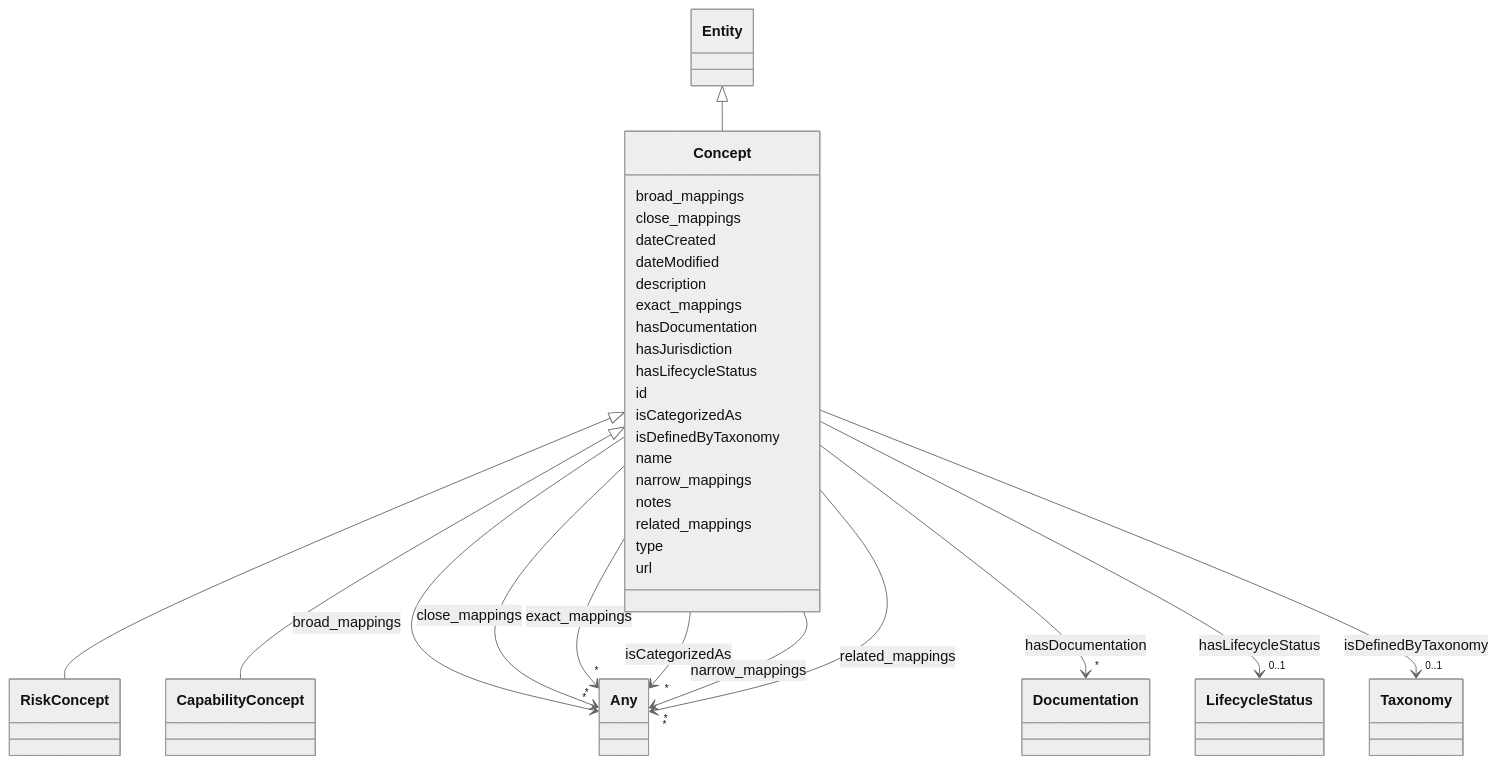
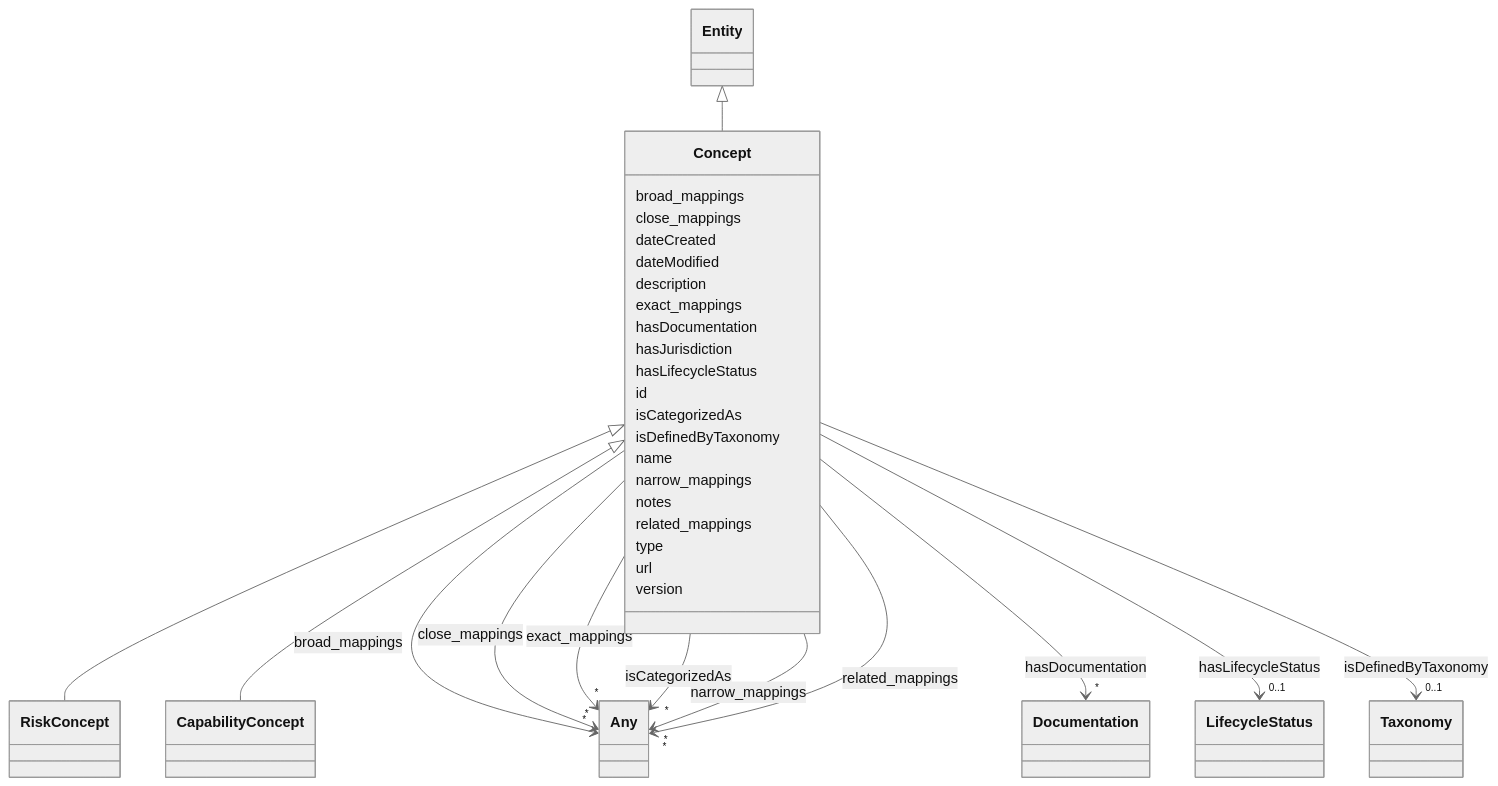
The diagram in docs/ontology/Concept.md (IBM/ai-atlas-nexus), drawn with Mermaid (neutral theme) before and after one commit. The commit also changed other lines of this file and 101 other files, not shown here.

````diff
--- a/docs/ontology/Concept.md
+++ b/docs/ontology/Concept.md
@@ -144,5 +144,7 @@
 
       Concept : url
 
+      Concept : version
+
 
 ```
````
